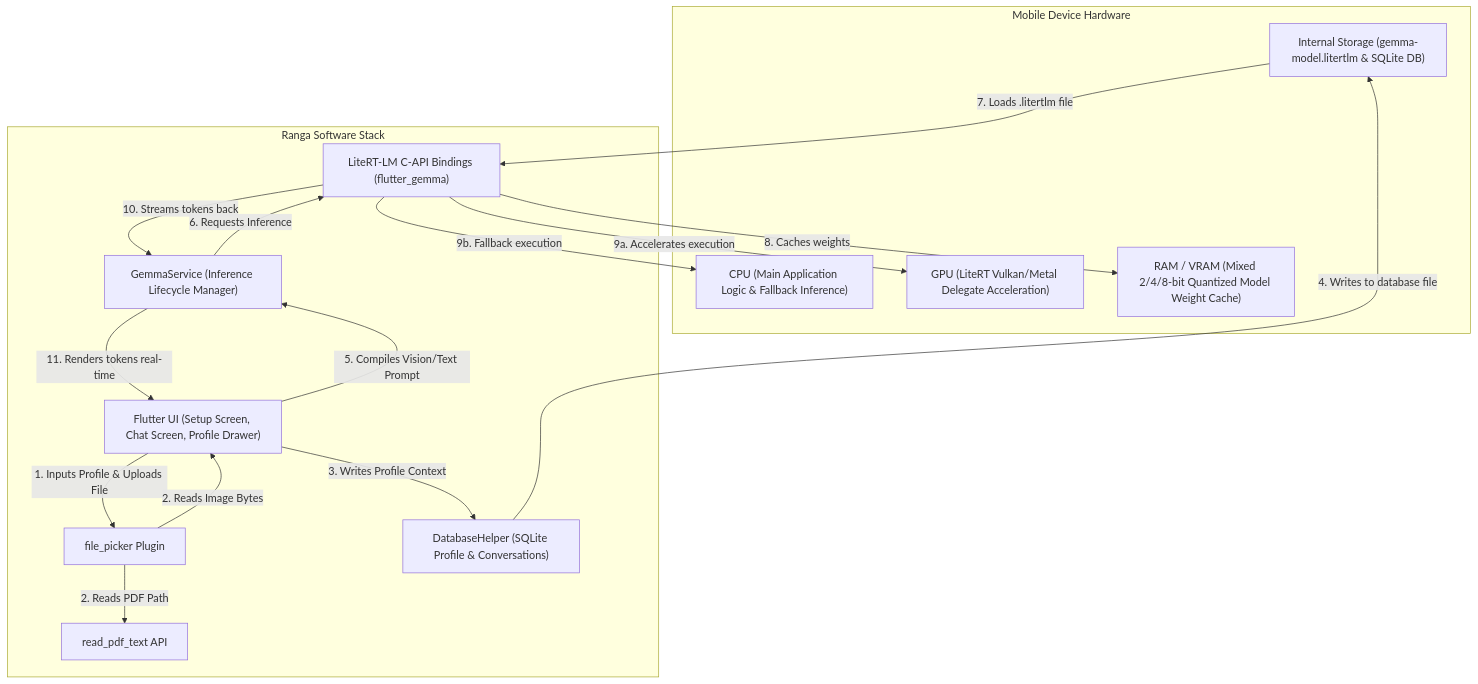
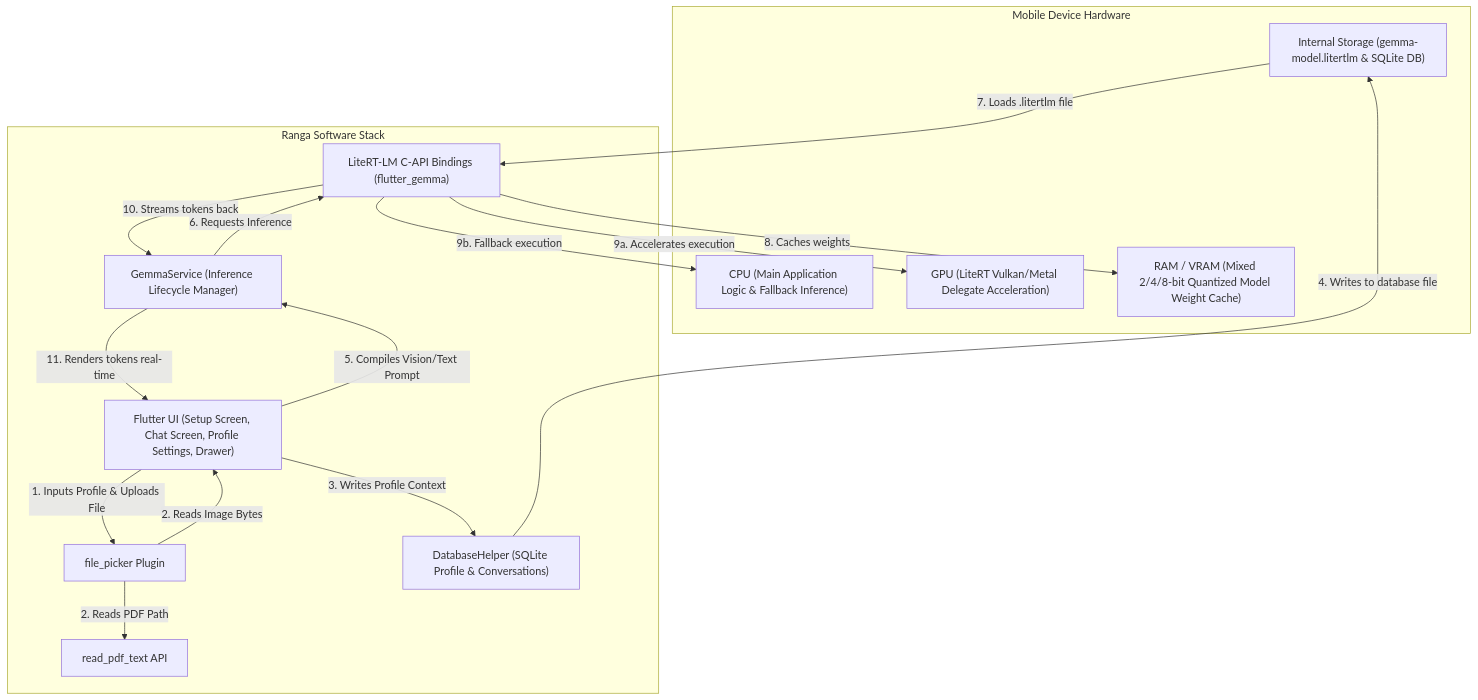
One commit to tuyishimejeandamour/capstone changed the first of 2 diagrams in README.md. Above: the diagram before and after it, drawn with Mermaid. The commit also changed other lines of this file and 102 other files, not shown here.

````diff
--- a/README.md
+++ b/README.md
@@ -48,37 +49,37 @@
 ```mermaid
 graph TD
     subgraph Mobile Device Hardware
         CPU["CPU (Main Application Logic & Fallback Inference)"]
         GPU["GPU (LiteRT Vulkan/Metal Delegate Acceleration)"]
         RAM["RAM / VRAM (Mixed 2/4/8-bit Quantized Model Weight Cache)"]
         Storage["Internal Storage (gemma-model.litertlm & SQLite DB)"]
     end
 
     subgraph Ranga Software Stack
-        UI["Flutter UI (Setup Screen, Chat Screen, Profile Drawer)"]
+        UI["Flutter UI (Setup Screen, Chat Screen, Profile Settings, Drawer)"]
         FilePicker["file_picker Plugin"]
         PDFParser["read_pdf_text API"]
         DBHelper["DatabaseHelper (SQLite Profile & Conversations)"]
         GemmaService["GemmaService (Inference Lifecycle Manager)"]
         LiteRT["LiteRT-LM C-API Bindings (flutter_gemma)"]
     end
 
     %% User Interaction Flow
     UI -->|1. Inputs Profile & Uploads File| FilePicker
     FilePicker -->|2. Reads PDF Path| PDFParser
     FilePicker -->|2. Reads Image Bytes| UI
     
     %% Storage & Database Flow
     UI -->|3. Writes Profile Context| DBHelper
     DBHelper -->|4. Writes to database file| Storage
 
     %% Model Inference Pipeline
     UI -->|5. Compiles Vision/Text Prompt| GemmaService
     GemmaService -->|6. Requests Inference| LiteRT
     Storage -->|7. Loads .litertlm file| LiteRT
     LiteRT -->|8. Caches weights| RAM
     LiteRT -->|9a. Accelerates execution| GPU
     LiteRT -->|9b. Fallback execution| CPU
     LiteRT -->|10. Streams tokens back| GemmaService
     GemmaService -->|11. Renders tokens real-time| UI
 ```
````
